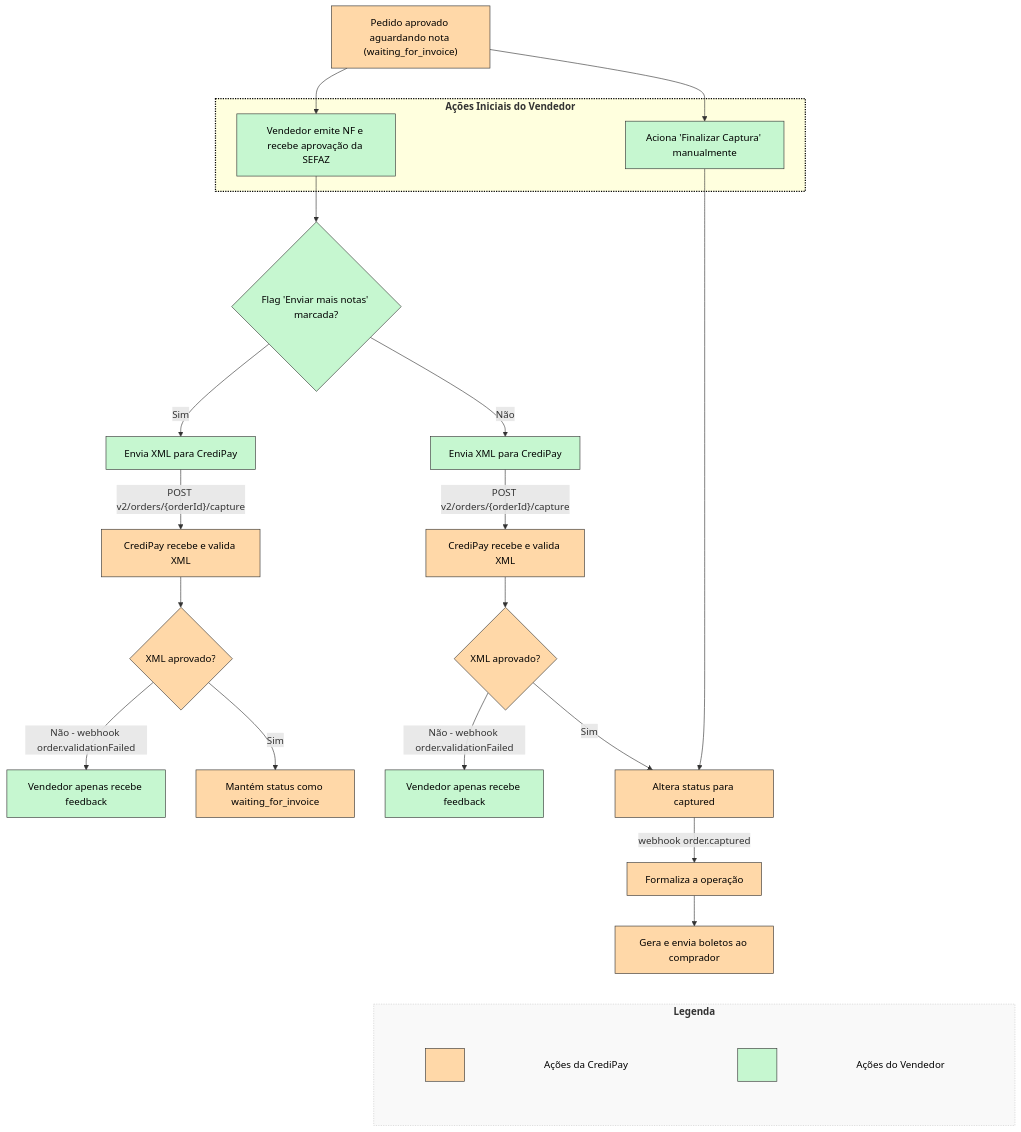
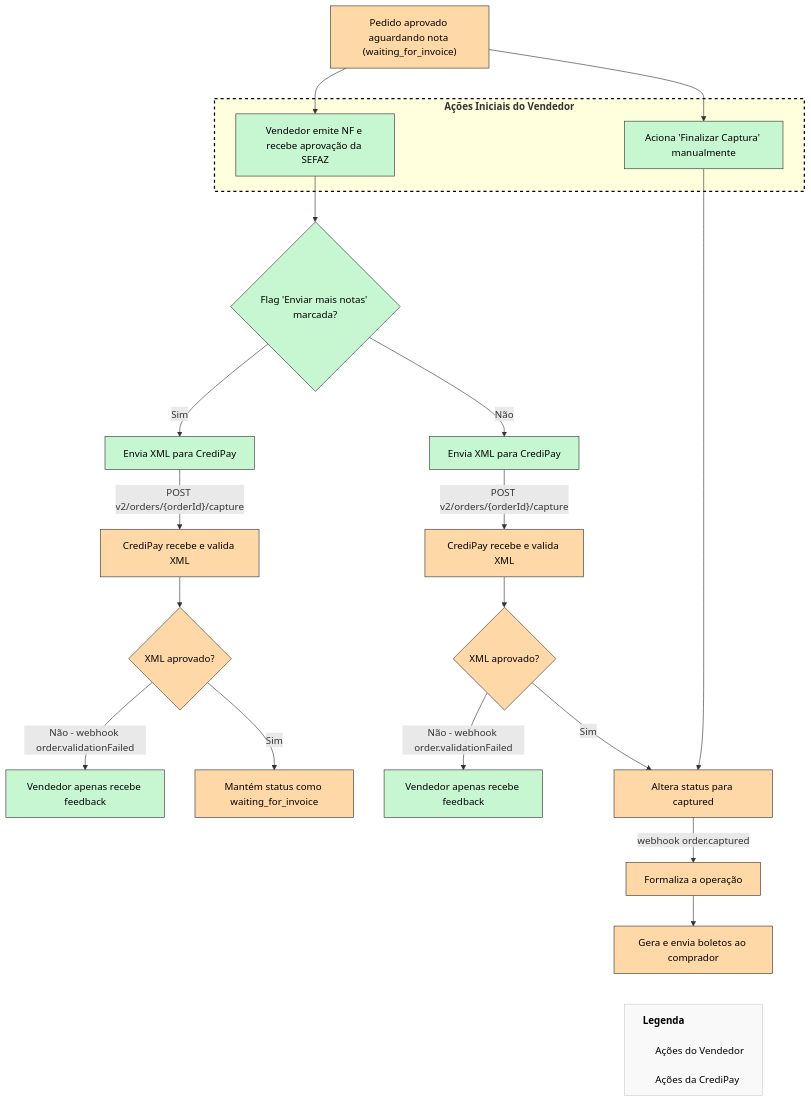
One commit to credix-finance/credipay-rdme-docs changed the diagram in docs/INTEGRAÇÃO COMPLETA/módulos-de-integração-1/adicional-múltiplas-notas-fiscais-por-pedido.md. Above: the diagram before and after it, drawn with Mermaid.

Commit message:
Update doc `adicional-múltiplas-notas-fiscais-por-pedido`

````diff
--- a/docs/INTEGRAÇÃO COMPLETA/módulos-de-integração-1/adicional-múltiplas-notas-fiscais-por-pedido.md
+++ b/docs/INTEGRAÇÃO COMPLETA/módulos-de-integração-1/adicional-múltiplas-notas-fiscais-por-pedido.md
@@ -44,24 +44,10 @@
     n11 -- "webhook order.captured" --> n12["Formaliza a operação"]
     n12 --> n13["Gera e envia boletos ao comprador"]
 
-    %% Bloco de Legenda no Final
+    %% Legenda Compacta no Final (Nó único com HTML)
     n13 ~~~ Legenda
 
-    subgraph Legenda ["<b>Legenda</b>"]
-        direction TB
-        
-        %% Linha 1: Vendedor (invisível, força alinhamento horizontal)
-        subgraph row1 [" "]
-            direction LR
-            b1["&nbsp;"]:::vendedor ~~~ t1["Ações do Vendedor"]:::textoLegenda
-        end
-        
-        %% Linha 2: CrediPay (invisível, força alinhamento horizontal)
-        subgraph row2 [" "]
-            direction LR
-            b2["&nbsp;"]:::credipay ~~~ t2["Ações da CrediPay"]:::textoLegenda
-        end
-    end
+    Legenda["<b>Legenda</b><br><br><span style='background-color:#C6F7D0; border:1px solid #333;'>&nbsp;&nbsp;&nbsp;&nbsp;</span> Ações do Vendedor<br><br><span style='background-color:#FFD8A8; border:1px solid #333;'>&nbsp;&nbsp;&nbsp;&nbsp;</span> Ações da CrediPay"]:::legendaBox
 
     %% Estilização e Cores
     n1:::credipay
@@ -84,12 +70,7 @@
     %% Definições de Classes Visuais
     classDef vendedor fill:#C6F7D0,stroke:#333,stroke-width:1px,color:#000;
     classDef credipay fill:#FFD8A8,stroke:#333,stroke-width:1px,color:#000;
-    classDef textoLegenda fill:none,stroke:none,color:#000;
+    classDef legendaBox fill:#f9f9f9,stroke:#ccc,stroke-width:1px,color:#000,text-align:left;
     
-    %% Oculta as bordas das linhas internas da legenda
-    style row1 fill:none,stroke:none
-    style row2 fill:none,stroke:none
-    
-    style Legenda fill:#f9f9f9,stroke:#ccc,stroke-width:1px,stroke-dasharray: 2 2
-    style s1 stroke:#000000,stroke-width:2px,stroke-dasharray: 2 2
+    style s1 stroke:#000000,stroke-width:2px,stroke-dasharray: 5 5
 ```
````
